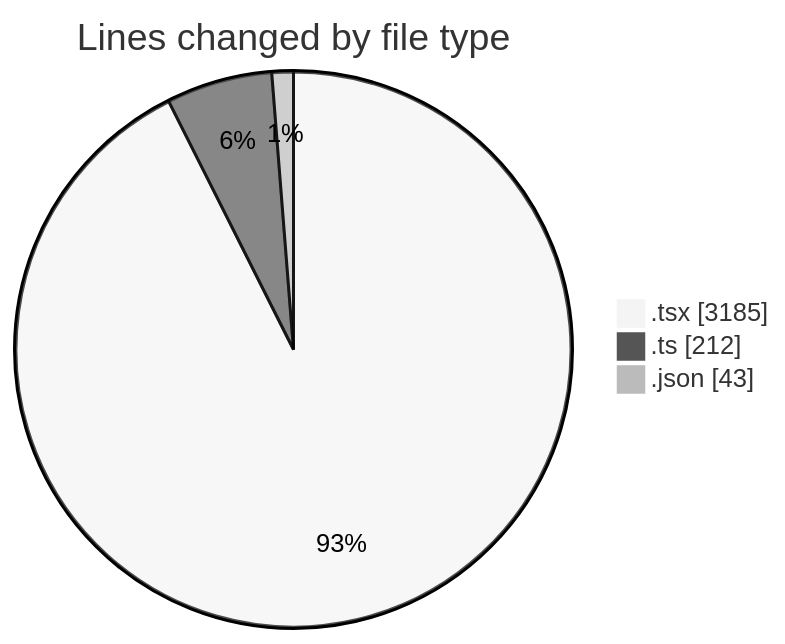
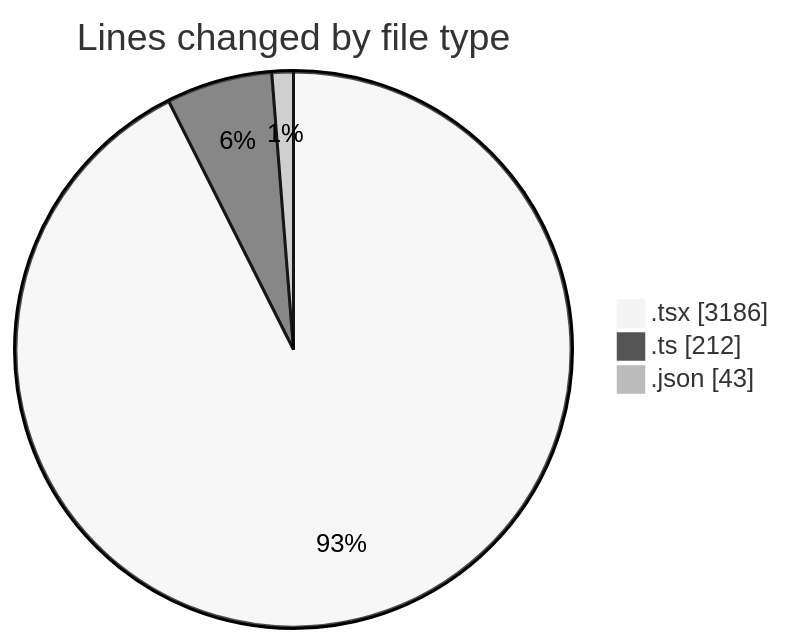
One commit to momahboobian/code-tracking changed the first of 2 diagrams in 2025-09-23/cda/README.md. Above: the diagram before and after it, drawn with Mermaid (neutral theme). The commit also changed other lines of this file and 1 other file, not shown here.

````diff
--- a/2025-09-23/cda/README.md
+++ b/2025-09-23/cda/README.md
@@ -30,7 +30,7 @@
 ```mermaid
 pie showData
 title Lines changed by file type
-".tsx" : 3185
+".tsx" : 3186
 ".ts" : 212
 ".json" : 43
 ```
````
